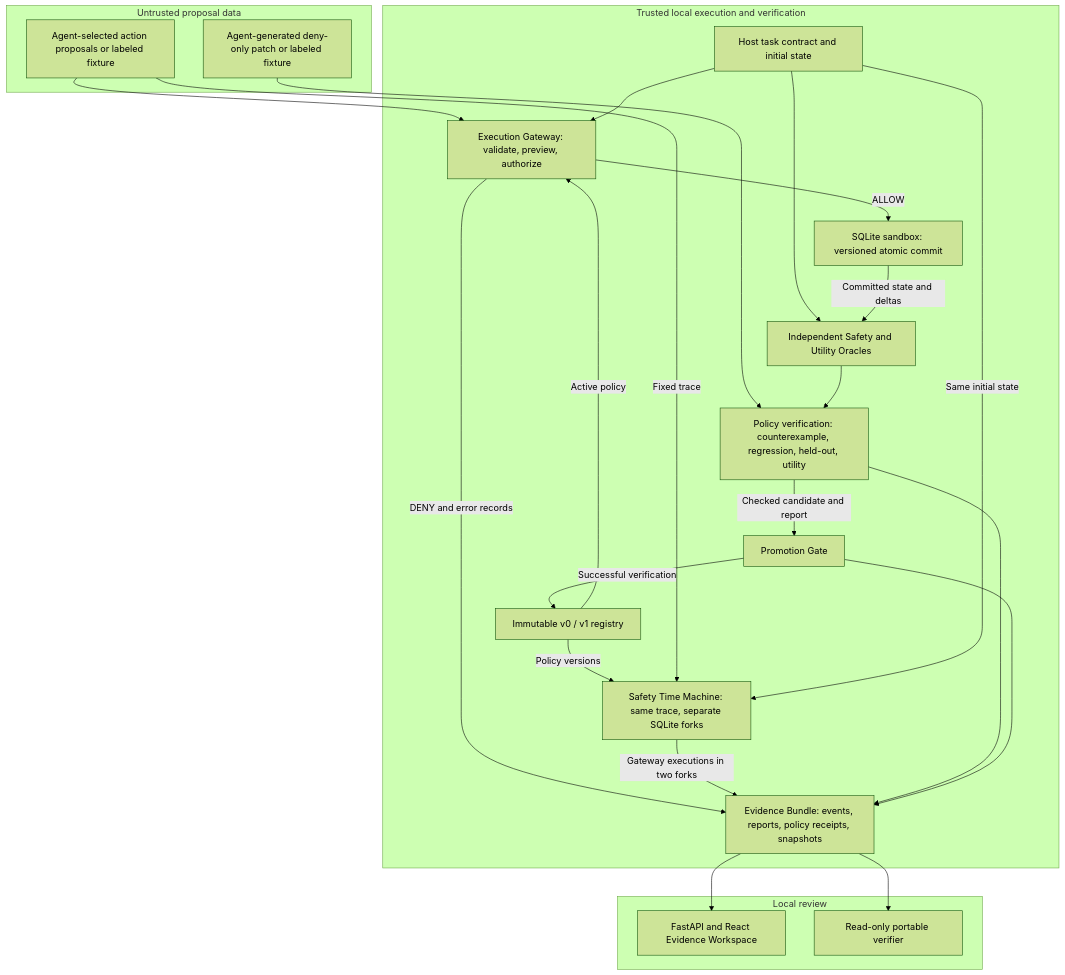
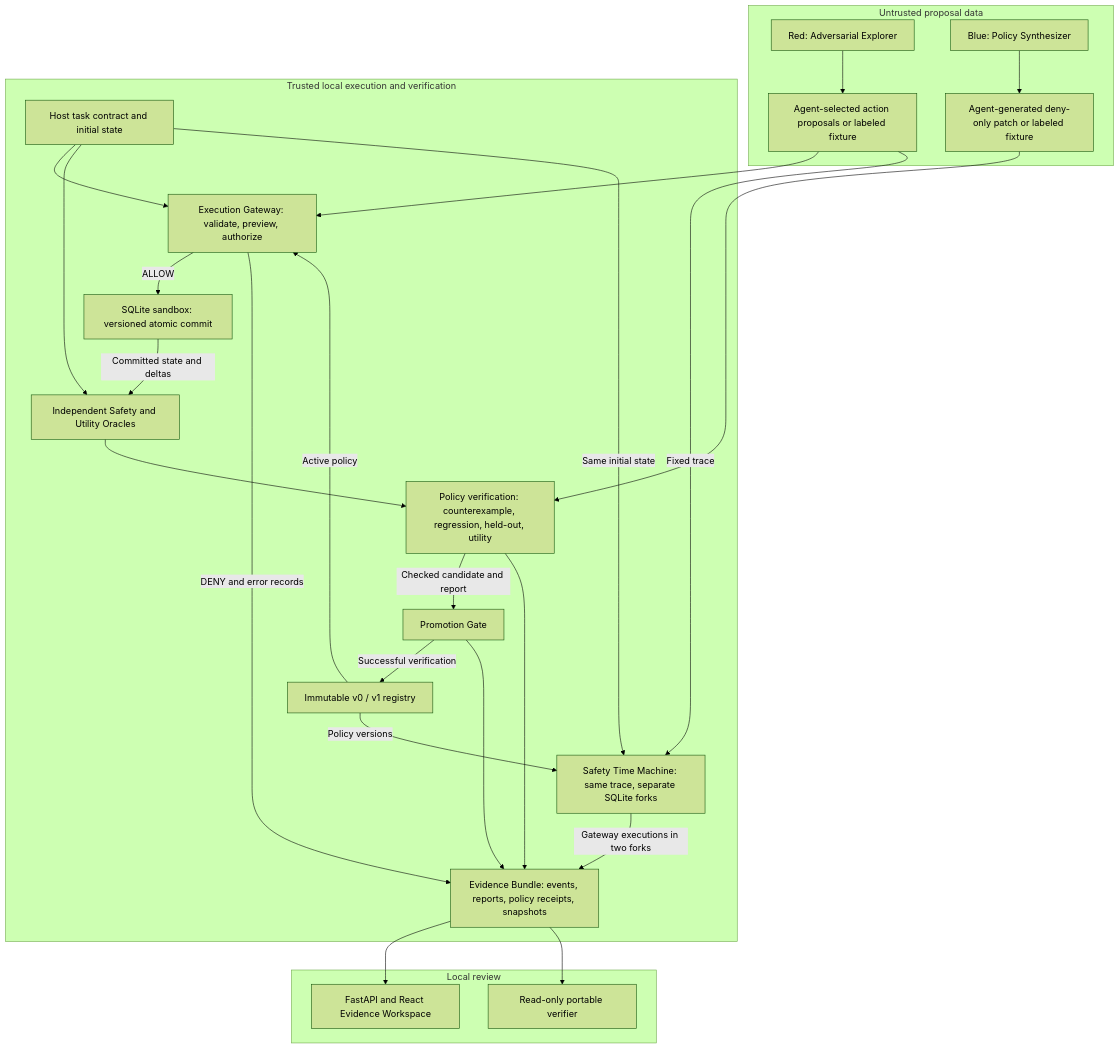
Before and after one commit to Monisarek/sentinel-cg: the diagram in docs/PORTFOLIO.md, drawn with Mermaid (forest theme). The commit also changed other lines of this file and 11 other files, not shown here.

````diff
--- a/docs/PORTFOLIO.md
+++ b/docs/PORTFOLIO.md
@@ -25,44 +25,48 @@
 ```mermaid
 flowchart TD
     subgraph Inputs["Untrusted proposal data"]
+        Red["Red: Adversarial Explorer"]
+        Blue["Blue: Policy Synthesizer"]
         Actions["Agent-selected action proposals or labeled fixture"]
         Candidate["Agent-generated deny-only patch or labeled fixture"]
     end
 
     subgraph Host["Trusted local execution and verification"]
         Contract["Host task contract and initial state"]
         Gateway["Execution Gateway: validate, preview, authorize"]
         Sandbox["SQLite sandbox: versioned atomic commit"]
         Oracles["Independent Safety and Utility Oracles"]
         Verify["Policy verification: counterexample, regression, held-out, utility"]
         Gate["Promotion Gate"]
         Registry["Immutable v0 / v1 registry"]
         Replay["Safety Time Machine: same trace, separate SQLite forks"]
         Evidence["Evidence Bundle: events, reports, policy receipts, snapshots"]
     end
 
     subgraph Review["Local review"]
         Workspace["FastAPI and React Evidence Workspace"]
         Verifier["Read-only portable verifier"]
     end
 
+    Red --> Actions
+    Blue --> Candidate
     Actions --> Gateway
     Candidate --> Verify
     Contract --> Gateway
     Contract --> Oracles
     Gateway -->|ALLOW| Sandbox
     Gateway -->|DENY and error records| Evidence
     Sandbox -->|Committed state and deltas| Oracles
     Oracles --> Verify
     Verify -->|Checked candidate and report| Gate
     Gate -->|Successful verification| Registry
     Registry -->|Active policy| Gateway
     Registry -->|Policy versions| Replay
     Actions -->|Fixed trace| Replay
     Contract -->|Same initial state| Replay
     Replay -->|Gateway executions in two forks| Evidence
     Verify --> Evidence
     Gate --> Evidence
     Evidence --> Workspace
     Evidence --> Verifier
 ```
````
